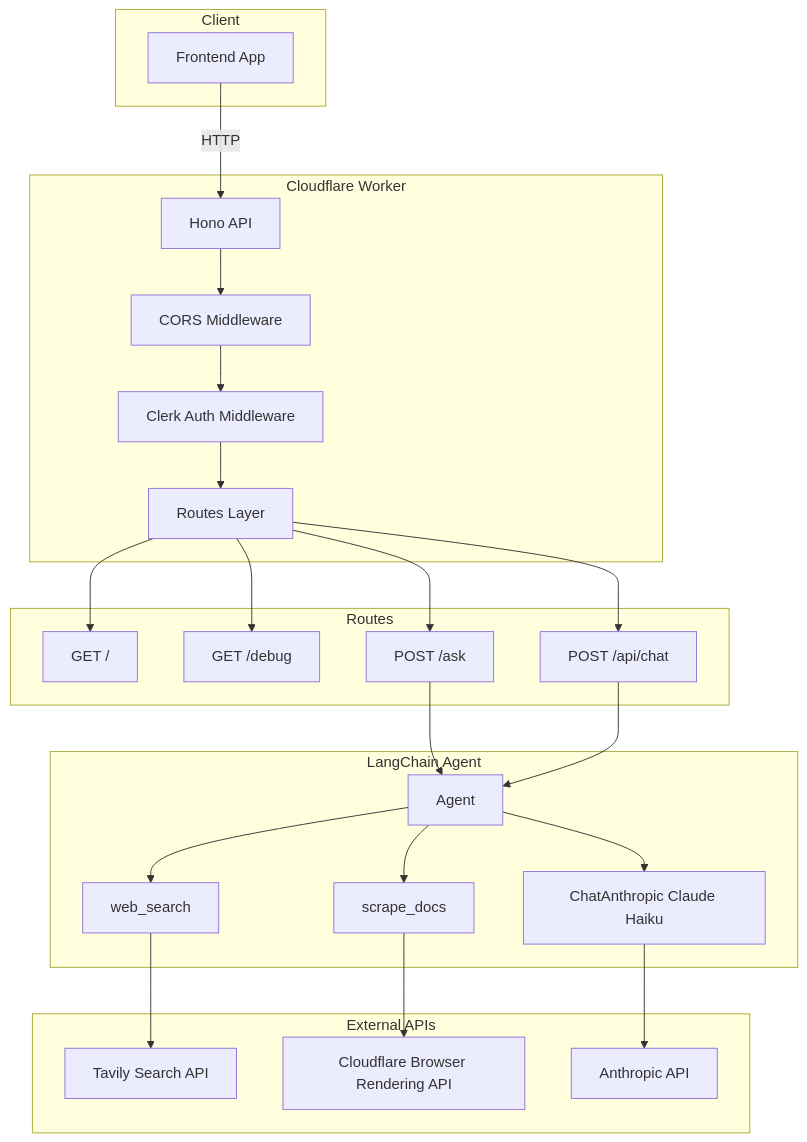
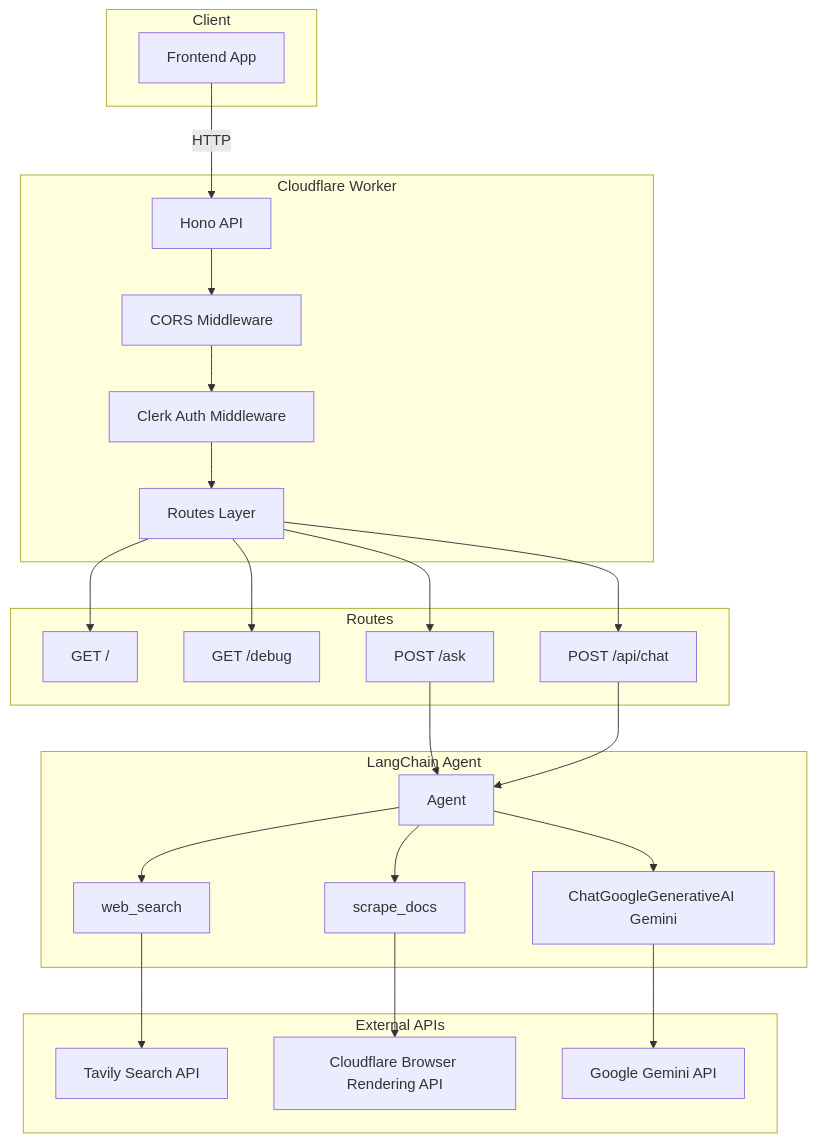
Before and after one commit to Nikita06211/DocPilot-Backend: the diagram in README.md, drawn with Mermaid. The commit also changed other lines of this file and 3 other files, not shown here.

Commit message:
chore: install Gemini integration and document Google API configuration

````diff
--- a/README.md
+++ b/README.md
@@ -7,48 +7,48 @@
 ```mermaid
 flowchart TB
     subgraph client [Client]
         Frontend[Frontend App]
     end
 
     subgraph cf [Cloudflare Worker]
         Hono[Hono API]
         CORS[CORS Middleware]
         Clerk[Clerk Auth Middleware]
         Routes[Routes Layer]
     end
 
     subgraph routes [Routes]
         Root["GET /"]
         Debug["GET /debug"]
         Ask["POST /ask"]
         Chat["POST /api/chat"]
     end
 
     subgraph agent [LangChain Agent]
         AgentCore[Agent]
-        LLM["ChatAnthropic Claude Haiku"]
+        LLM["ChatGoogleGenerativeAI Gemini"]
         WebSearch[web_search]
         ScrapeDocs[scrape_docs]
     end
 
     subgraph external [External APIs]
         TavilyAPI[Tavily Search API]
         CFScraper[Cloudflare Browser Rendering API]
-        AnthropicAPI[Anthropic API]
+        GoogleAPI[Google Gemini API]
     end
 
     Frontend -->|HTTP| Hono
     Hono --> CORS --> Clerk --> Routes
     Routes --> Root
     Routes --> Debug
     Routes --> Ask
     Routes --> Chat
     Ask --> AgentCore
     Chat --> AgentCore
     AgentCore --> LLM
     AgentCore --> WebSearch
     AgentCore --> ScrapeDocs
     WebSearch --> TavilyAPI
     ScrapeDocs --> CFScraper
-    LLM --> AnthropicAPI
+    LLM --> GoogleAPI
 ```
````
